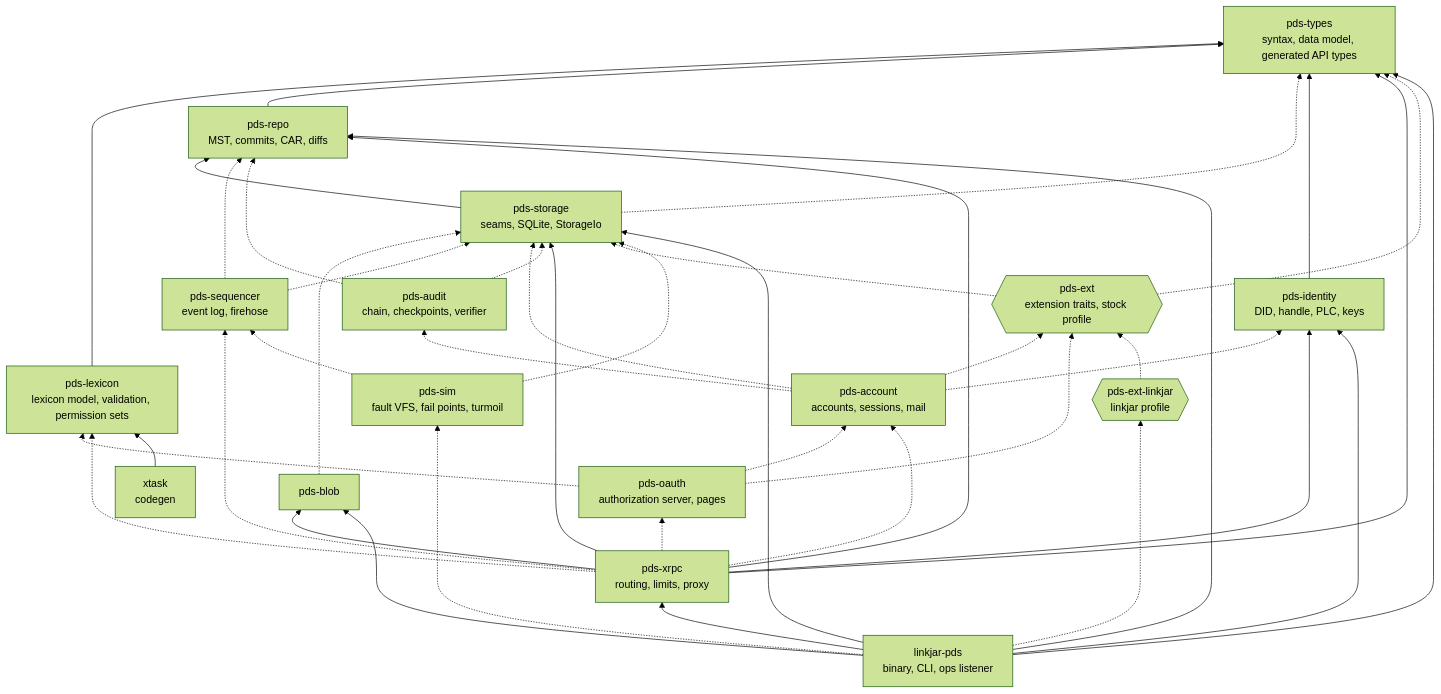
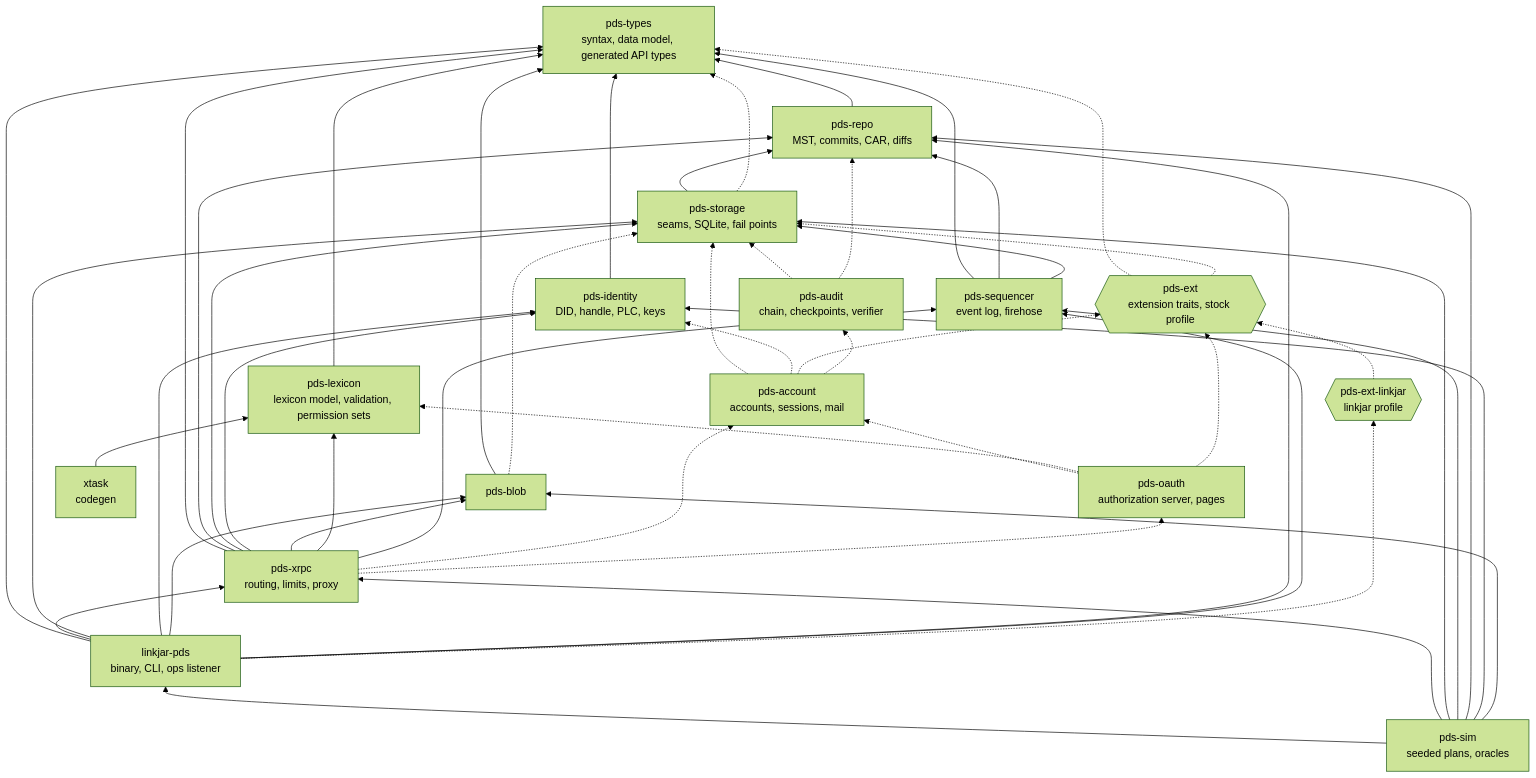
Before and after one commit to linkjar/pds: the diagram in docs/architecture/diagrams/03-crates.mmd, drawn with Mermaid (forest theme). The commit also changed 16 other files, not shown here.

Commit message:
Unit 4: keep actor stores open between writes; diagrams and the plan

```diff
--- a/docs/architecture/diagrams/03-crates.mmd
+++ b/docs/architecture/diagrams/03-crates.mmd
@@ -1,35 +1,36 @@
 flowchart BT
   types[pds-types<br/>syntax, data model, generated API types]
   lexicon[pds-lexicon<br/>lexicon model, validation, permission sets]
   repo[pds-repo<br/>MST, commits, CAR, diffs]
-  storage[pds-storage<br/>seams, SQLite, StorageIo]
+  storage[pds-storage<br/>seams, SQLite, fail points]
   blob[pds-blob]
   identity[pds-identity<br/>DID, handle, PLC, keys]
   sequencer[pds-sequencer<br/>event log, firehose]
   account[pds-account<br/>accounts, sessions, mail]
   oauth[pds-oauth<br/>authorization server, pages]
   audit[pds-audit<br/>chain, checkpoints, verifier]
   xrpc[pds-xrpc<br/>routing, limits, proxy]
   ext{{pds-ext<br/>extension traits, stock profile}}
   linkjar{{pds-ext-linkjar<br/>linkjar profile}}
-  sim[pds-sim<br/>fault VFS, fail points, turmoil]
+  sim[pds-sim<br/>seeded plans, oracles]
   bin[linkjar-pds<br/>binary, CLI, ops listener]
   xtask[xtask<br/>codegen]
   lexicon --> types
   repo --> types
   storage --> repo
   storage -.-> types
+  blob --> types
   blob -.-> storage
   identity --> types
-  sequencer -.-> repo & storage
+  sequencer --> types & repo & storage
   account -.-> storage & identity & ext & audit
   oauth -.-> account & lexicon & ext
   audit -.-> storage & repo
-  xrpc --> types & repo & storage & identity & blob
-  xrpc -.-> lexicon & sequencer & account & oauth
+  xrpc --> types & repo & storage & identity & blob & lexicon & sequencer
+  xrpc -.-> account & oauth
   ext -.-> types & storage
   linkjar -.-> ext
-  sim -.-> storage & sequencer
-  bin --> types & xrpc & storage & identity & blob & repo
-  bin -.-> linkjar & sim
+  sim --> bin & xrpc & storage & sequencer & repo & identity & blob
+  bin --> types & xrpc & storage & identity & blob & repo & sequencer
+  bin -.-> linkjar
   xtask --> lexicon
```
